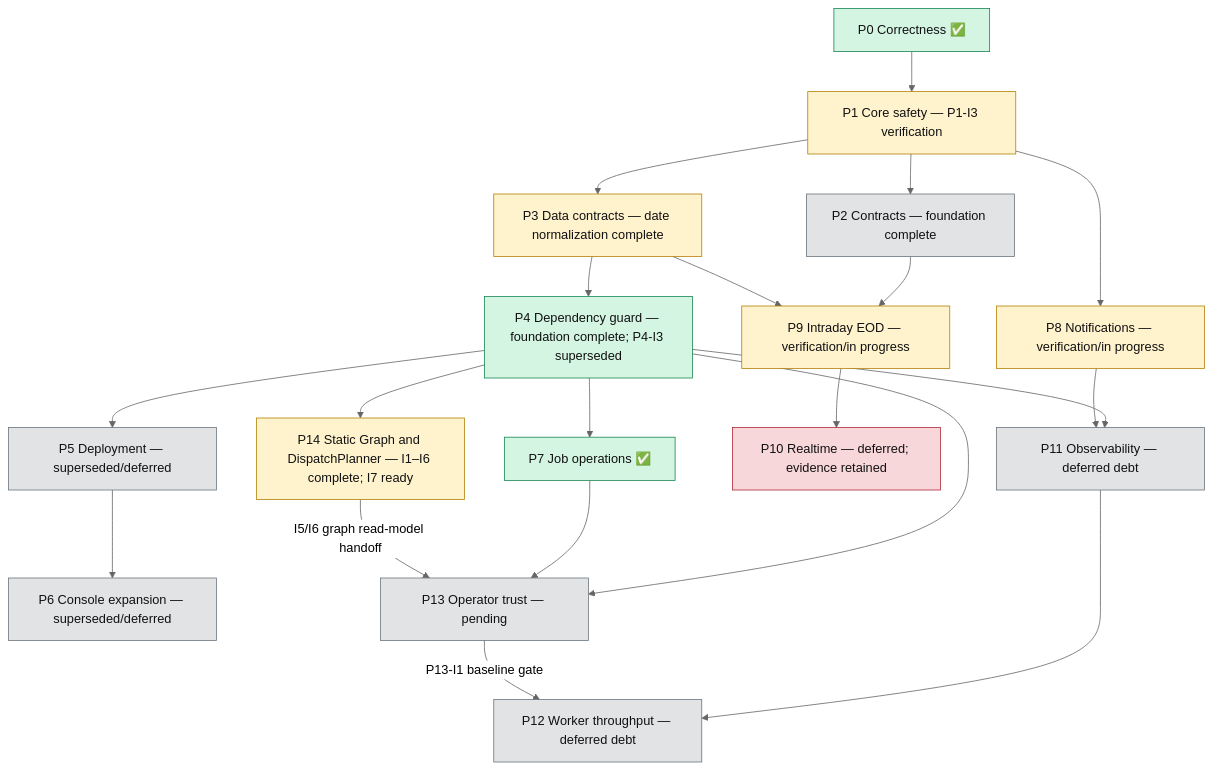
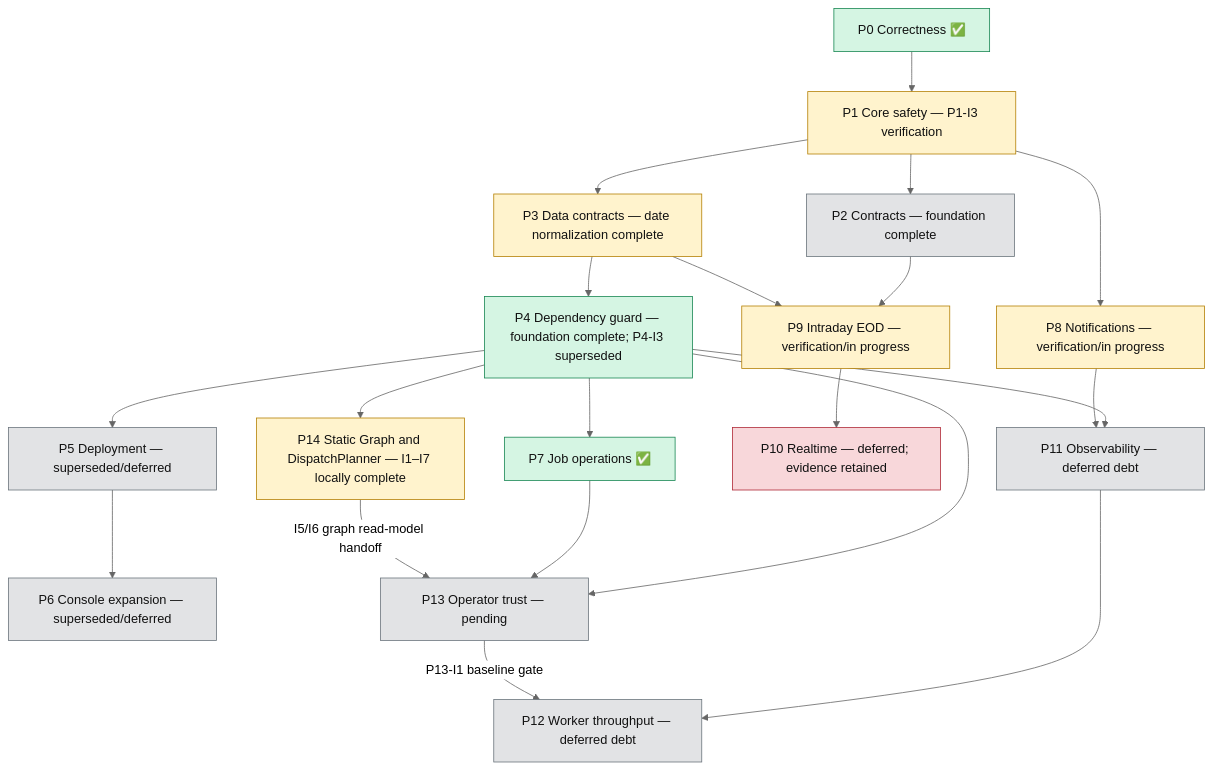
The diagram in docs/plans/roadmap/roadmap.md (tanlocit9/omni), drawn with Mermaid (neutral theme) before and after one commit. The commit also changed other lines of this file and 26 other files, not shown here.

````diff
--- a/docs/plans/roadmap/roadmap.md
+++ b/docs/plans/roadmap/roadmap.md
@@ -7,31 +13,31 @@
 ```mermaid
 flowchart TD
     P0["P0 Correctness ✅"] --> P1["P1 Core safety — P1-I3 verification"]
     P1 --> P2["P2 Contracts — foundation complete"]
     P1 --> P3["P3 Data contracts — date normalization complete"]
     P3 --> P4["P4 Dependency guard — foundation complete; P4-I3 superseded"]
-    P4 --> P14["P14 Static Graph and DispatchPlanner — I1–I6 complete; I7 ready"]
+    P4 --> P14["P14 Static Graph and DispatchPlanner — I1–I7 locally complete"]
     P4 --> P5["P5 Deployment — superseded/deferred"]
     P5 --> P6["P6 Console expansion — superseded/deferred"]
     P4 --> P7["P7 Job operations ✅"]
     P1 --> P8["P8 Notifications — verification/in progress"]
     P2 --> P9["P9 Intraday EOD — verification/in progress"]
     P3 --> P9
     P9 --> P10["P10 Realtime — deferred; evidence retained"]
     P4 --> P11["P11 Observability — deferred debt"]
     P8 --> P11
     P4 --> P13["P13 Operator trust — pending"]
     P7 --> P13
     P14 -->|"I5/I6 graph read-model handoff"| P13
     P11 --> P12["P12 Worker throughput — deferred debt"]
     P13 -->|"P13-I1 baseline gate"| P12
 
     classDef done fill:#d5f5e3,stroke:#198754,color:#111;
     classDef active fill:#fff3cd,stroke:#b58105,color:#111;
     classDef pending fill:#e2e3e5,stroke:#6c757d,color:#111;
     classDef blocked fill:#f8d7da,stroke:#b02a37,color:#111;
     class P0,P4,P7 done;
     class P1,P3,P8,P9,P14 active;
     class P2,P5,P6,P11,P12,P13 pending;
     class P10 blocked;
 ```
````
